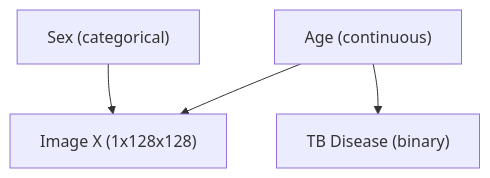
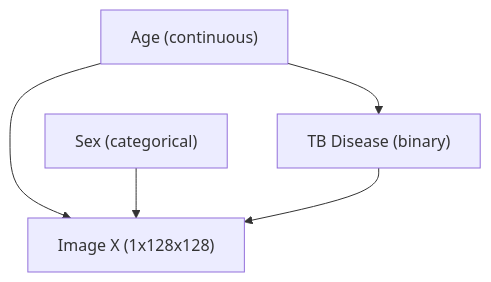
The diagram in docs/cxr_rait_implementation_plan.md (ghif/causal-genx), drawn with Mermaid before and after one commit. The commit also changed other lines of this file and 2 other files, not shown here.

Commit message:
update CXR-RAIT DAG documentation to explicitly include tb_status -> image X causality

````diff
--- a/docs/cxr_rait_implementation_plan.md
+++ b/docs/cxr_rait_implementation_plan.md
@@ -11,6 +11,7 @@
 ```mermaid
 graph TD
     Age["Age (continuous)"] --> Image["Image X (1x128x128)"]
     Sex["Sex (categorical)"] --> Image["Image X (1x128x128)"]
+    TB["TB Disease (binary)"] --> Image["Image X (1x128x128)"]
     Age["Age (continuous)"] --> TB["TB Disease (binary)"]
 ```
````
